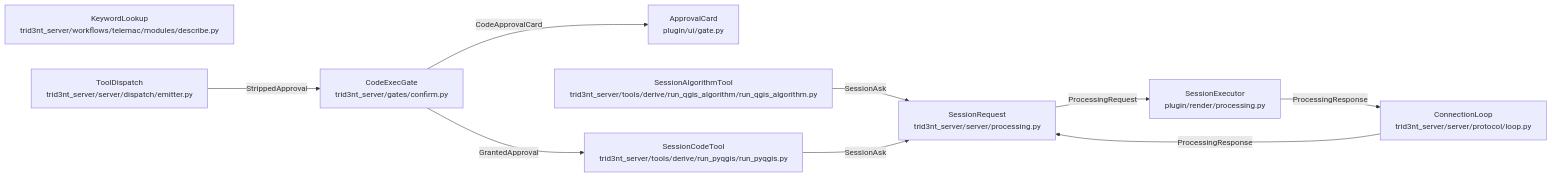
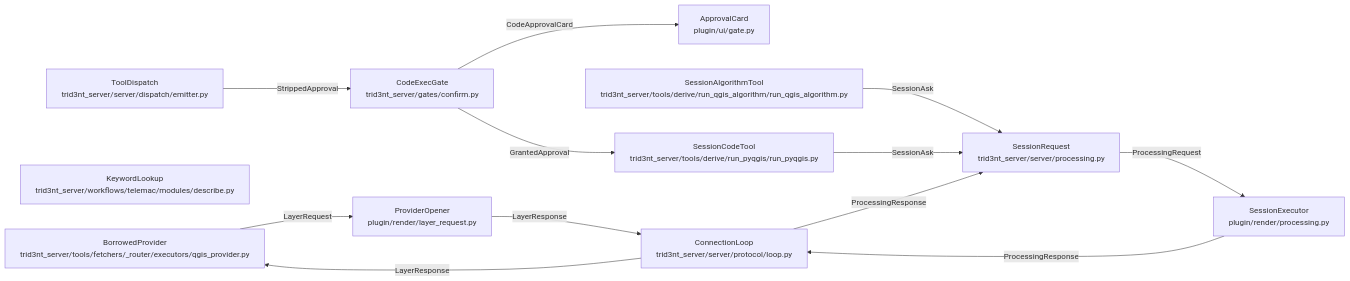
Before and after one commit to double-r-squared/trid3nt-qgis-plugin: the diagram in docs/model/tool-plane-view.md, drawn with Mermaid. The commit also changed other lines of this file and 1 other file, not shown here.

First line of the commit message:
model: the borrowed-provider seam on the tool plane

````diff
--- a/docs/model/tool-plane-view.md
+++ b/docs/model/tool-plane-view.md
@@ -9,20 +9,25 @@
 ```mermaid
 flowchart LR
     approvalCard["ApprovalCard<br/>plugin/ui/gate.py"]
+    borrowedProvider["BorrowedProvider<br/>trid3nt_server/tools/fetchers/_router/executors/qgis_provider.py"]
     codeExecGate["CodeExecGate<br/>trid3nt_server/gates/confirm.py"]
     connectionLoop["ConnectionLoop<br/>trid3nt_server/server/protocol/loop.py"]
     keywordLookup["KeywordLookup<br/>trid3nt_server/workflows/telemac/modules/describe.py"]
+    providerOpener["ProviderOpener<br/>plugin/render/layer_request.py"]
     runPyqgis["SessionCodeTool<br/>trid3nt_server/tools/derive/run_pyqgis/run_pyqgis.py"]
     runQgisAlgorithm["SessionAlgorithmTool<br/>trid3nt_server/tools/derive/run_qgis_algorithm/run_qgis_algorithm.py"]
     sessionExecutor["SessionExecutor<br/>plugin/render/processing.py"]
     sessionRequest["SessionRequest<br/>trid3nt_server/server/processing.py"]
     toolDispatch["ToolDispatch<br/>trid3nt_server/server/dispatch/emitter.py"]
     runQgisAlgorithm -- "SessionAsk" --> sessionRequest
     codeExecGate -- "GrantedApproval" --> runPyqgis
     toolDispatch -- "StrippedApproval" --> codeExecGate
     codeExecGate -- "CodeApprovalCard" --> approvalCard
     runPyqgis -- "SessionAsk" --> sessionRequest
+    providerOpener -- "LayerResponse" --> connectionLoop
+    borrowedProvider -- "LayerRequest" --> providerOpener
+    connectionLoop -- "LayerResponse" --> borrowedProvider
     sessionRequest -- "ProcessingRequest" --> sessionExecutor
     sessionExecutor -- "ProcessingResponse" --> connectionLoop
     connectionLoop -- "ProcessingResponse" --> sessionRequest
 ```
````
